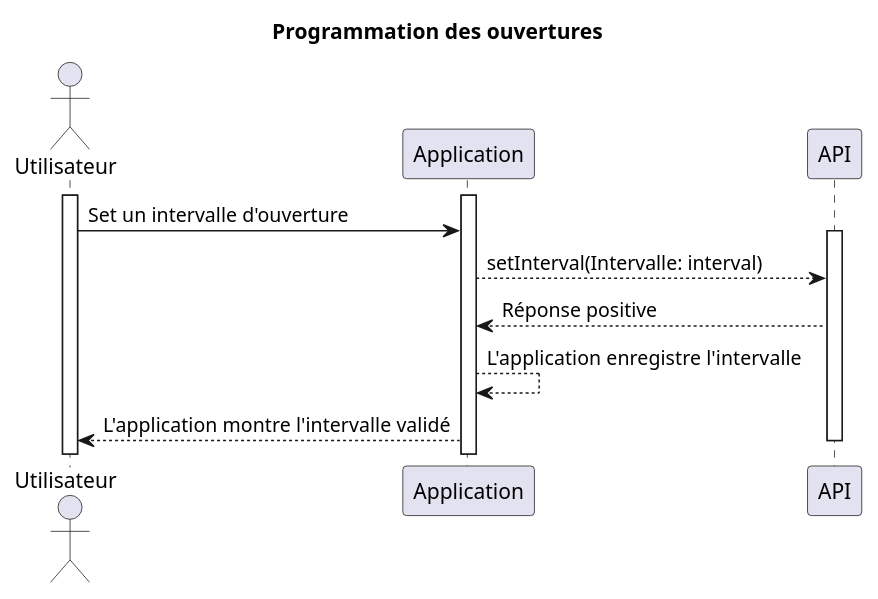
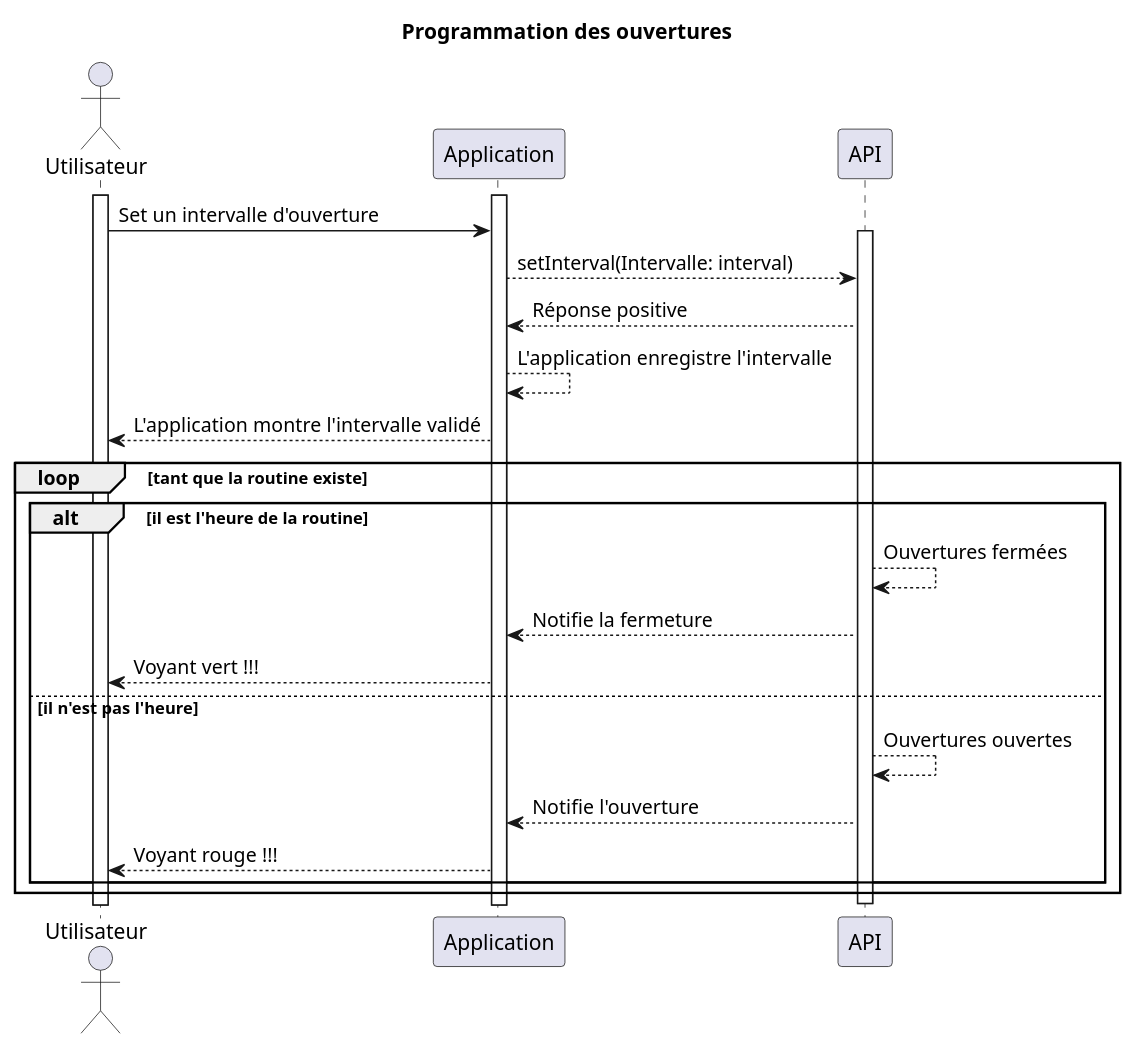
Before and after one commit to chauffapagnan/documentation: the diagram in diagrams/seq/program_openings.puml, drawn with PlantUML. The commit also changed 5 other files, not shown here.

Commit message:
✨ mise à jour des diagrammes de séquence

```diff
--- a/diagrams/seq/program_openings.puml
+++ b/diagrams/seq/program_openings.puml
@@ -1,23 +1,35 @@
 @startuml
 
 title Programmation des ouvertures
 
 actor Utilisateur
 
 activate Utilisateur
 activate Application
 participant API
 
 Utilisateur -> Application: Set un intervalle d'ouverture
 
 
 activate API
 Application --> API: setInterval(Intervalle: interval)
 API --> Application: Réponse positive
 
 Application --> Application: L'application enregistre l'intervalle
 Application --> Utilisateur: L'application montre l'intervalle validé
 
+loop tant que la routine existe
+    alt il est l'heure de la routine
+        API --> API: Ouvertures fermées
+        API --> Application: Notifie la fermeture
+        Application --> Utilisateur: Voyant vert !!!
+    else il n'est pas l'heure
+        API --> API: Ouvertures ouvertes
+        API --> Application: Notifie l'ouverture
+        Application --> Utilisateur: Voyant rouge !!!
+    end
+end
+
 deactivate API
 
 @enduml
```
